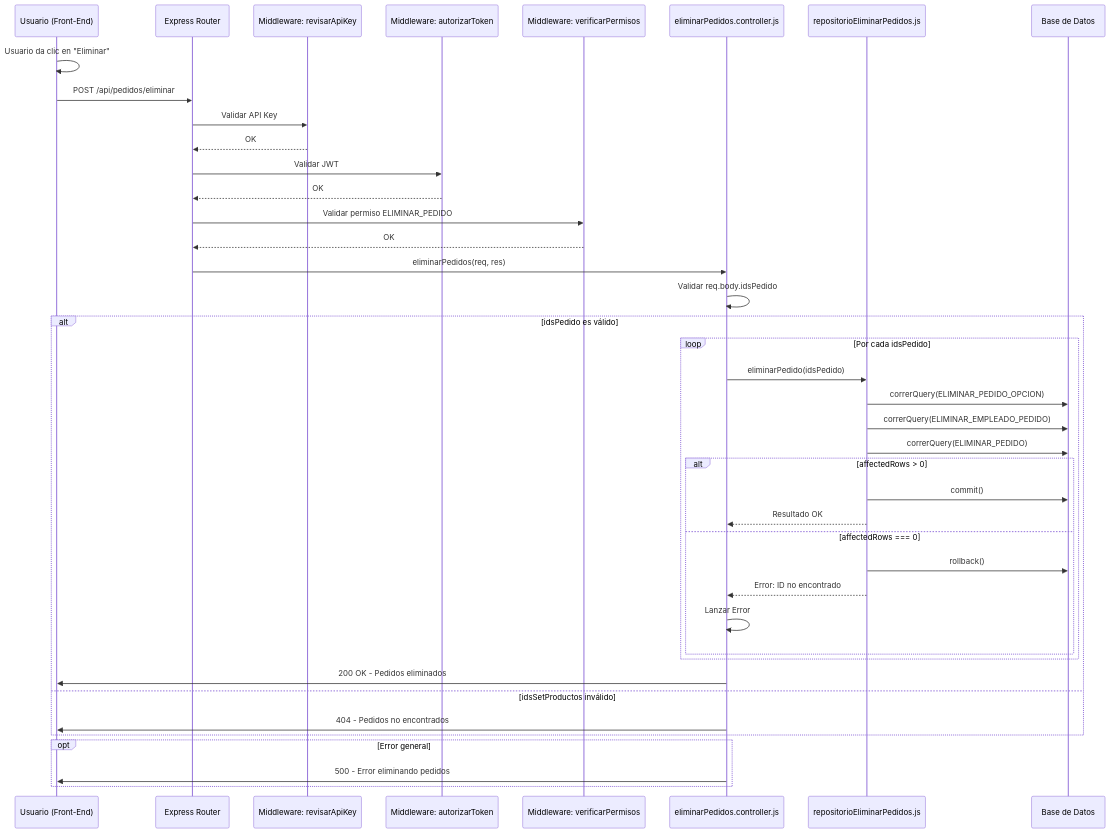
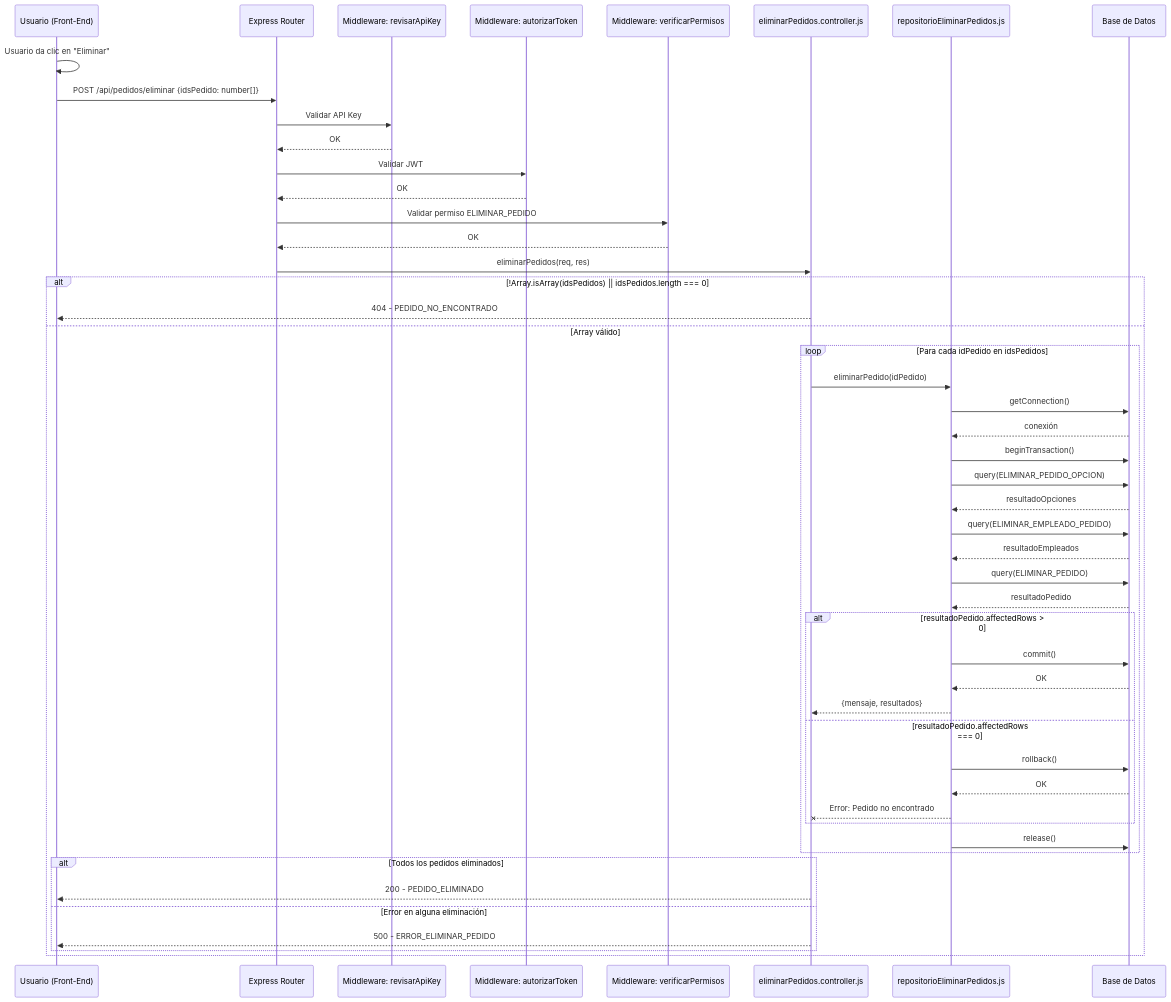
Before and after one commit to CodeAnd-Co/Documentacion: the diagram in documentation/docs/proyectos/textiles/documentacion/requisitos/RF63.md, drawn with Mermaid. The commit also changed 2 other files, not shown here.

Commit message:
Fix: Cambio de diagramas de secuencia requisitos 27,45,63

````diff
--- a/documentation/docs/proyectos/textiles/documentacion/requisitos/RF63.md
+++ b/documentation/docs/proyectos/textiles/documentacion/requisitos/RF63.md
@@ -27,50 +27,60 @@
 ```mermaid
 sequenceDiagram
     participant Frontend as Usuario (Front-End)
     participant Router as Express Router
     participant revisarApiKey as Middleware: revisarApiKey
     participant autorizarToken as Middleware: autorizarToken
     participant verificarPermisos as Middleware: verificarPermisos
     participant Controller as eliminarPedidos.controller.js
     participant Repositorio as repositorioEliminarPedidos.js
     participant DB as Base de Datos
 
     Frontend->>Frontend: Usuario da clic en "Eliminar"
-    Frontend->>Router: POST /api/pedidos/eliminar
+    Frontend->>Router: POST /api/pedidos/eliminar {idsPedido: number[]}
     Router->>revisarApiKey: Validar API Key
     revisarApiKey-->>Router: OK
     Router->>autorizarToken: Validar JWT
     autorizarToken-->>Router: OK
     Router->>verificarPermisos: Validar permiso ELIMINAR_PEDIDO
     verificarPermisos-->>Router: OK
     Router->>Controller: eliminarPedidos(req, res)
 
-    Controller->>Controller: Validar req.body.idsPedido
+    alt !Array.isArray(idsPedidos) || idsPedidos.length === 0
+        Controller-->>Frontend: 404 - PEDIDO_NO_ENCONTRADO
+    else Array válido
+        loop Para cada idPedido en idsPedidos
+            Controller->>Repositorio: eliminarPedido(idPedido)
 
-    alt idsPedido es válido
-        loop Por cada idsPedido
-            Controller->>Repositorio: eliminarPedido(idsPedido)
-            Repositorio->>DB: correrQuery(ELIMINAR_PEDIDO_OPCION)
-            Repositorio->>DB: correrQuery(ELIMINAR_EMPLEADO_PEDIDO)
-            Repositorio->>DB: correrQuery(ELIMINAR_PEDIDO)
+            Repositorio->>DB: getConnection()
+            DB-->>Repositorio: conexión
+            Repositorio->>DB: beginTransaction()
 
-            alt affectedRows > 0
+            Repositorio->>DB: query(ELIMINAR_PEDIDO_OPCION)
+            DB-->>Repositorio: resultadoOpciones
+
+            Repositorio->>DB: query(ELIMINAR_EMPLEADO_PEDIDO)
+            DB-->>Repositorio: resultadoEmpleados
+
+            Repositorio->>DB: query(ELIMINAR_PEDIDO)
+            DB-->>Repositorio: resultadoPedido
+
+            alt resultadoPedido.affectedRows > 0
                 Repositorio->>DB: commit()
-                Repositorio-->>Controller: Resultado OK
-            else affectedRows === 0
+                DB-->>Repositorio: OK
+                Repositorio-->>Controller: {mensaje, resultados}
+            else resultadoPedido.affectedRows === 0
                 Repositorio->>DB: rollback()
-                Repositorio-->>Controller: Error: ID no encontrado
-                Controller->>Controller: Lanzar Error
+                DB-->>Repositorio: OK
+                Repositorio--xController: Error: Pedido no encontrado
             end
+
+            Repositorio->>DB: release()
         end
 
-        Controller->>Frontend: 200 OK - Pedidos eliminados
-    else idsSetProductos inválido
-        Controller->>Frontend: 404 - Pedidos no encontrados
+        alt Todos los pedidos eliminados
+            Controller-->>Frontend: 200 - PEDIDO_ELIMINADO
+        else Error en alguna eliminación
+            Controller-->>Frontend: 500 - ERROR_ELIMINAR_PEDIDO
+        end
     end
-
-    opt Error general
-        Controller->>Frontend: 500 - Error eliminando pedidos
-    end
-
 ```
````
